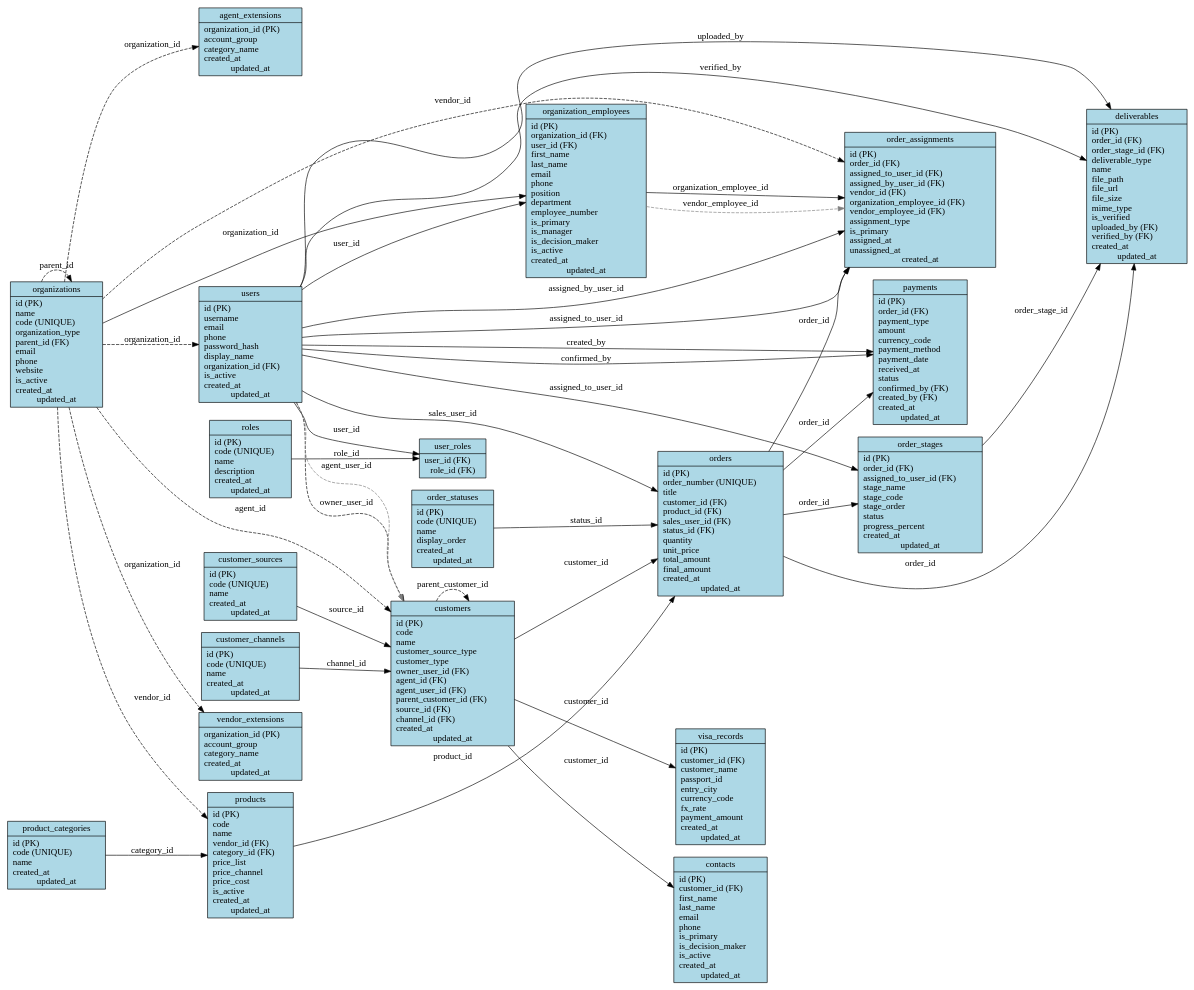
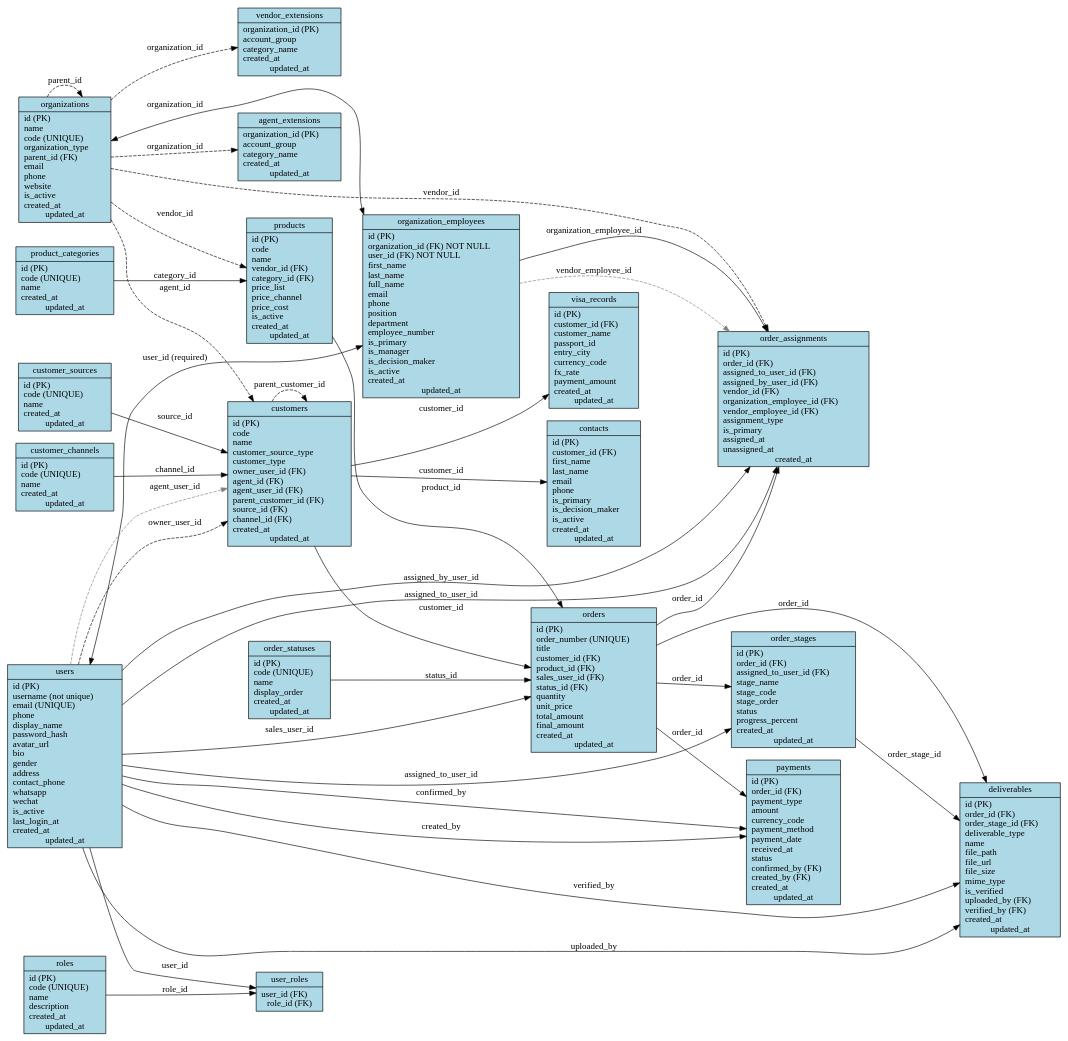
One commit to ptbantu/crm-configuration changed the diagram in sql/RELATIONSHIPS.dot. Above: the diagram before and after it, drawn with Graphviz. The commit also changed 10 other files, not shown here.

First line of the commit message:
feat: 更新数据库 schema 和关系图

```diff
--- a/sql/RELATIONSHIPS.dot
+++ b/sql/RELATIONSHIPS.dot
@@ -1,90 +1,89 @@
 digraph BANTU_CRM {
   rankdir=LR;
   node [shape=record, style=filled, fillcolor=lightblue];
   
   // User & Role Domain
   organizations [label="organizations|id (PK)\lname\lcode (UNIQUE)\lorganization_type\lparent_id (FK)\lemail\lphone\lwebsite\lis_active\lcreated_at\lupdated_at"];
-  organization_employees [label="organization_employees|id (PK)\lorganization_id (FK)\luser_id (FK)\lfirst_name\llast_name\lemail\lphone\lposition\ldepartment\lemployee_number\lis_primary\lis_manager\lis_decision_maker\lis_active\lcreated_at\lupdated_at"];
-  users [label="users|id (PK)\lusername\lemail\lphone\lpassword_hash\ldisplay_name\lorganization_id (FK)\lis_active\lcreated_at\lupdated_at"];
+  organization_employees [label="organization_employees|id (PK)\lorganization_id (FK) NOT NULL\luser_id (FK) NOT NULL\lfirst_name\llast_name\lfull_name\lemail\lphone\lposition\ldepartment\lemployee_number\lis_primary\lis_manager\lis_decision_maker\lis_active\lcreated_at\lupdated_at"];
+  users [label="users|id (PK)\lusername (not unique)\lemail (UNIQUE)\lphone\ldisplay_name\lpassword_hash\lavatar_url\lbio\lgender\laddress\lcontact_phone\lwhatsapp\lwechat\lis_active\llast_login_at\lcreated_at\lupdated_at"];
   roles [label="roles|id (PK)\lcode (UNIQUE)\lname\ldescription\lcreated_at\lupdated_at"];
   user_roles [label="user_roles|user_id (FK)\lrole_id (FK)"];
   
   // Product Domain
   product_categories [label="product_categories|id (PK)\lcode (UNIQUE)\lname\lcreated_at\lupdated_at"];
   products [label="products|id (PK)\lcode\lname\lvendor_id (FK)\lcategory_id (FK)\lprice_list\lprice_channel\lprice_cost\lis_active\lcreated_at\lupdated_at"];
   
   // Organization Extensions
   vendor_extensions [label="vendor_extensions|organization_id (PK)\laccount_group\lcategory_name\lcreated_at\lupdated_at"];
   agent_extensions [label="agent_extensions|organization_id (PK)\laccount_group\lcategory_name\lcreated_at\lupdated_at"];
   
   // Customer Domain
   customer_sources [label="customer_sources|id (PK)\lcode (UNIQUE)\lname\lcreated_at\lupdated_at"];
   customer_channels [label="customer_channels|id (PK)\lcode (UNIQUE)\lname\lcreated_at\lupdated_at"];
   customers [label="customers|id (PK)\lcode\lname\lcustomer_source_type\lcustomer_type\lowner_user_id (FK)\lagent_id (FK)\lagent_user_id (FK)\lparent_customer_id (FK)\lsource_id (FK)\lchannel_id (FK)\lcreated_at\lupdated_at"];
   contacts [label="contacts|id (PK)\lcustomer_id (FK)\lfirst_name\llast_name\lemail\lphone\lis_primary\lis_decision_maker\lis_active\lcreated_at\lupdated_at"];
   visa_records [label="visa_records|id (PK)\lcustomer_id (FK)\lcustomer_name\lpassport_id\lentry_city\lcurrency_code\lfx_rate\lpayment_amount\lcreated_at\lupdated_at"];
   
   // Order Domain
   order_statuses [label="order_statuses|id (PK)\lcode (UNIQUE)\lname\ldisplay_order\lcreated_at\lupdated_at"];
   orders [label="orders|id (PK)\lorder_number (UNIQUE)\ltitle\lcustomer_id (FK)\lproduct_id (FK)\lsales_user_id (FK)\lstatus_id (FK)\lquantity\lunit_price\ltotal_amount\lfinal_amount\lcreated_at\lupdated_at"];
   order_assignments [label="order_assignments|id (PK)\lorder_id (FK)\lassigned_to_user_id (FK)\lassigned_by_user_id (FK)\lvendor_id (FK)\lorganization_employee_id (FK)\lvendor_employee_id (FK)\lassignment_type\lis_primary\lassigned_at\lunassigned_at\lcreated_at"];
   order_stages [label="order_stages|id (PK)\lorder_id (FK)\lassigned_to_user_id (FK)\lstage_name\lstage_code\lstage_order\lstatus\lprogress_percent\lcreated_at\lupdated_at"];
   deliverables [label="deliverables|id (PK)\lorder_id (FK)\lorder_stage_id (FK)\ldeliverable_type\lname\lfile_path\lfile_url\lfile_size\lmime_type\lis_verified\luploaded_by (FK)\lverified_by (FK)\lcreated_at\lupdated_at"];
   payments [label="payments|id (PK)\lorder_id (FK)\lpayment_type\lamount\lcurrency_code\lpayment_method\lpayment_date\lreceived_at\lstatus\lconfirmed_by (FK)\lcreated_by (FK)\lcreated_at\lupdated_at"];
   
   // Relationships
   // User & Role
   organizations -> organizations [label="parent_id" style=dashed];
-  organizations -> organization_employees [label="organization_id"];
-  users -> organization_employees [label="user_id"];
+  organizations -> organization_employees [label="organization_id" dir=both];
+  users -> organization_employees [label="user_id (required)" dir=both];
   users -> user_roles [label="user_id"];
   roles -> user_roles [label="role_id"];
-  organizations -> users [label="organization_id" style=dashed];
   
   // Product Domain
   organizations -> products [label="vendor_id" style=dashed];
   product_categories -> products [label="category_id"];
   
   // Organization Extensions
   organizations -> vendor_extensions [label="organization_id" style=dashed];
   organizations -> agent_extensions [label="organization_id" style=dashed];
   
   // Customer Domain
   customer_sources -> customers [label="source_id"];
   customer_channels -> customers [label="channel_id"];
   customers -> customers [label="parent_customer_id" style=dashed];
   customers -> contacts [label="customer_id"];
   customers -> visa_records [label="customer_id"];
   customers -> orders [label="customer_id"];
   
   // User to Customer
   users -> customers [label="owner_user_id" style=dashed];
   organizations -> customers [label="agent_id" style=dashed];
   users -> customers [label="agent_user_id" style=dashed color=gray];
   
   // Order Domain
   order_statuses -> orders [label="status_id"];
   products -> orders [label="product_id"];
   users -> orders [label="sales_user_id"];
   orders -> order_assignments [label="order_id"];
   orders -> order_stages [label="order_id"];
   orders -> deliverables [label="order_id"];
   orders -> payments [label="order_id"];
   
   // User to Order Domain
   users -> order_assignments [label="assigned_to_user_id"];
   users -> order_assignments [label="assigned_by_user_id"];
   users -> order_stages [label="assigned_to_user_id"];
   users -> deliverables [label="uploaded_by"];
   users -> deliverables [label="verified_by"];
   users -> payments [label="confirmed_by"];
   users -> payments [label="created_by"];
   
   // Organization to Order Domain
   organizations -> order_assignments [label="vendor_id" style=dashed];
   organization_employees -> order_assignments [label="organization_employee_id"];
   organization_employees -> order_assignments [label="vendor_employee_id" style=dashed color=gray];
   
   // Order Stages to Deliverables
   order_stages -> deliverables [label="order_stage_id"];
 }
```
